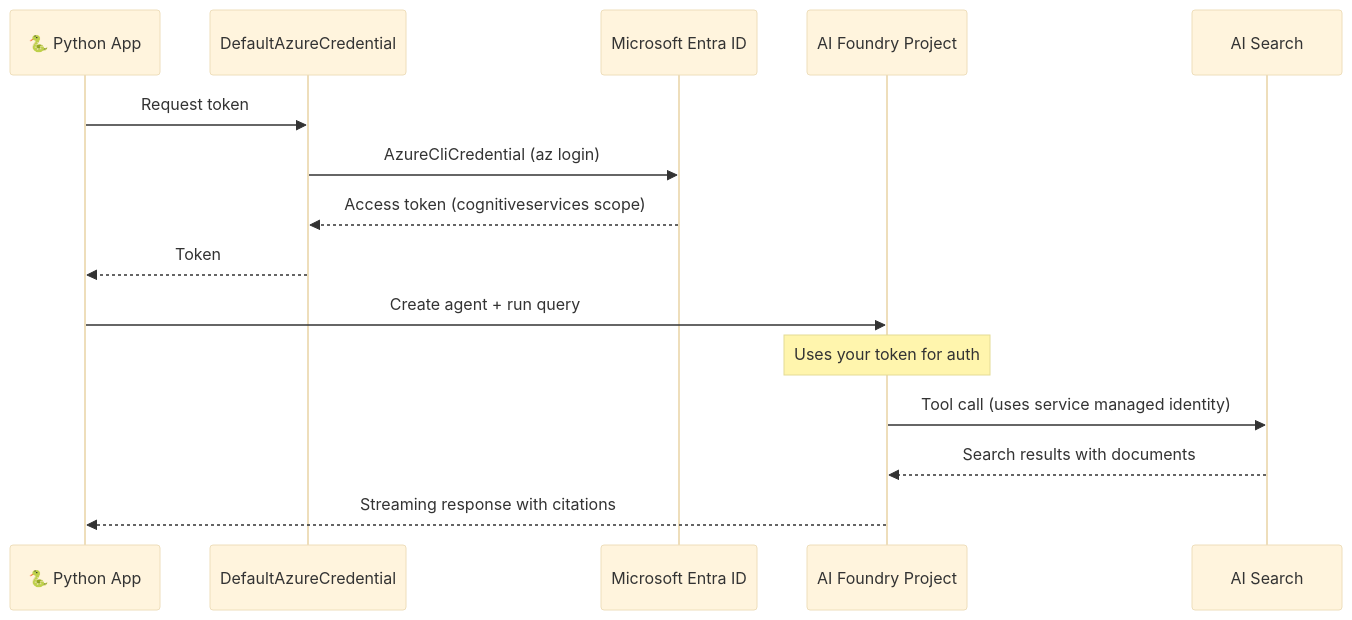
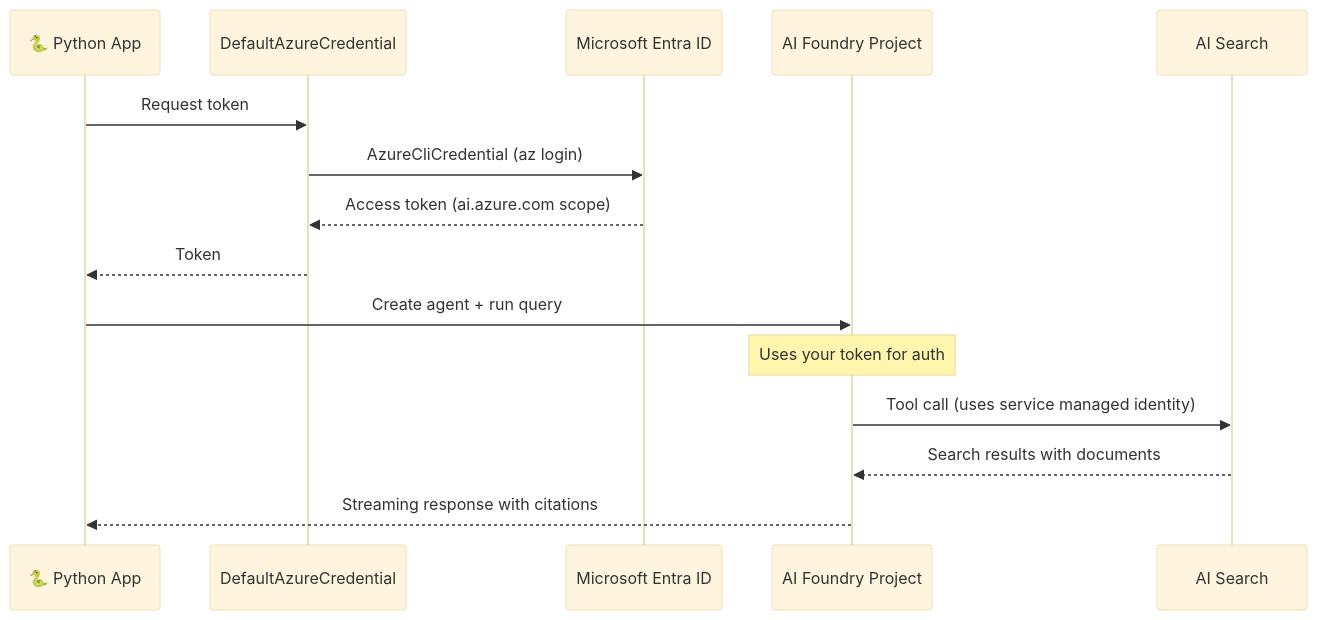
The third of 4 diagrams in DEMO.md (clark235/simpleagent), drawn with Mermaid (base theme) before and after one commit. The commit also changed other lines of this file, not shown here.

First line of the commit message:
docs: update DEMO.md for azure-ai-projects 2.0.0 stable

````diff
--- a/DEMO.md
+++ b/DEMO.md
@@ -80,20 +82,20 @@
 ```mermaid
 sequenceDiagram
     participant App as 🐍 Python App
     participant DAC as DefaultAzureCredential
     participant Entra as Microsoft Entra ID
     participant Foundry as AI Foundry Project
     participant Search as AI Search
 
     App->>DAC: Request token
     DAC->>Entra: AzureCliCredential (az login)
-    Entra-->>DAC: Access token (cognitiveservices scope)
+    Entra-->>DAC: Access token (ai.azure.com scope)
     DAC-->>App: Token
 
     App->>Foundry: Create agent + run query
     Note over Foundry: Uses your token for auth
 
     Foundry->>Search: Tool call (uses service managed identity)
     Search-->>Foundry: Search results with documents
     Foundry-->>App: Streaming response with citations
 ```
````
